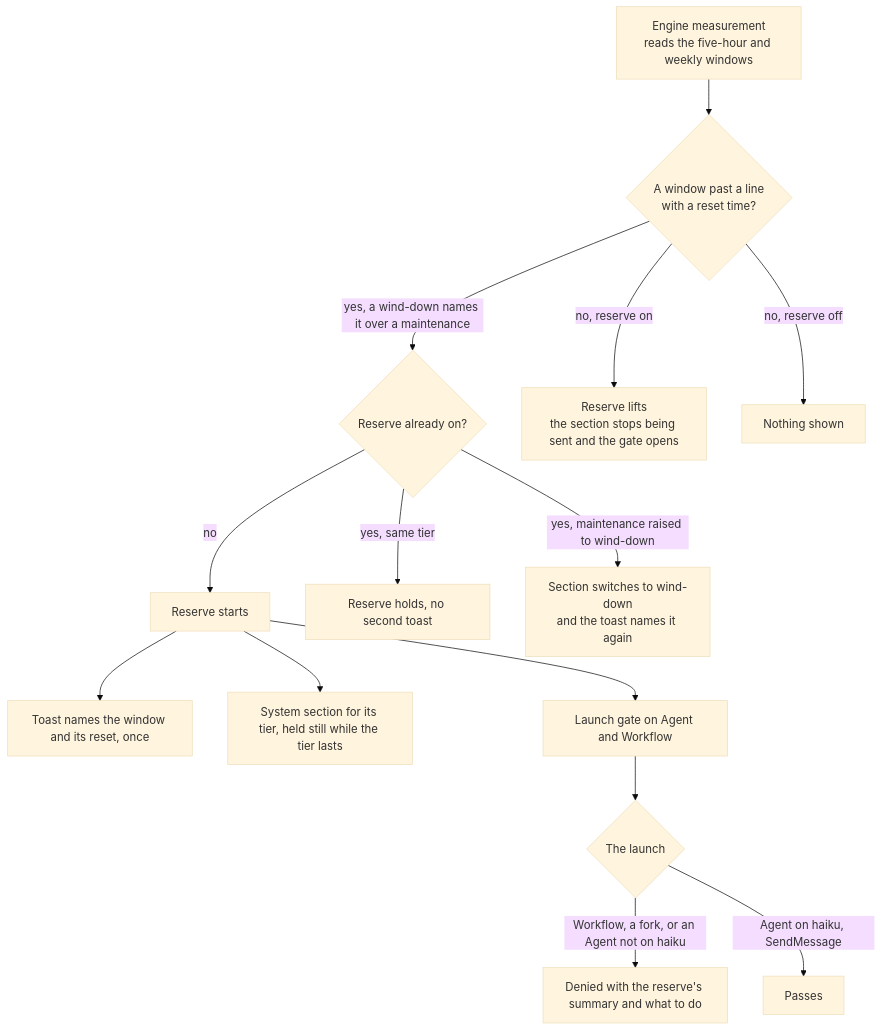
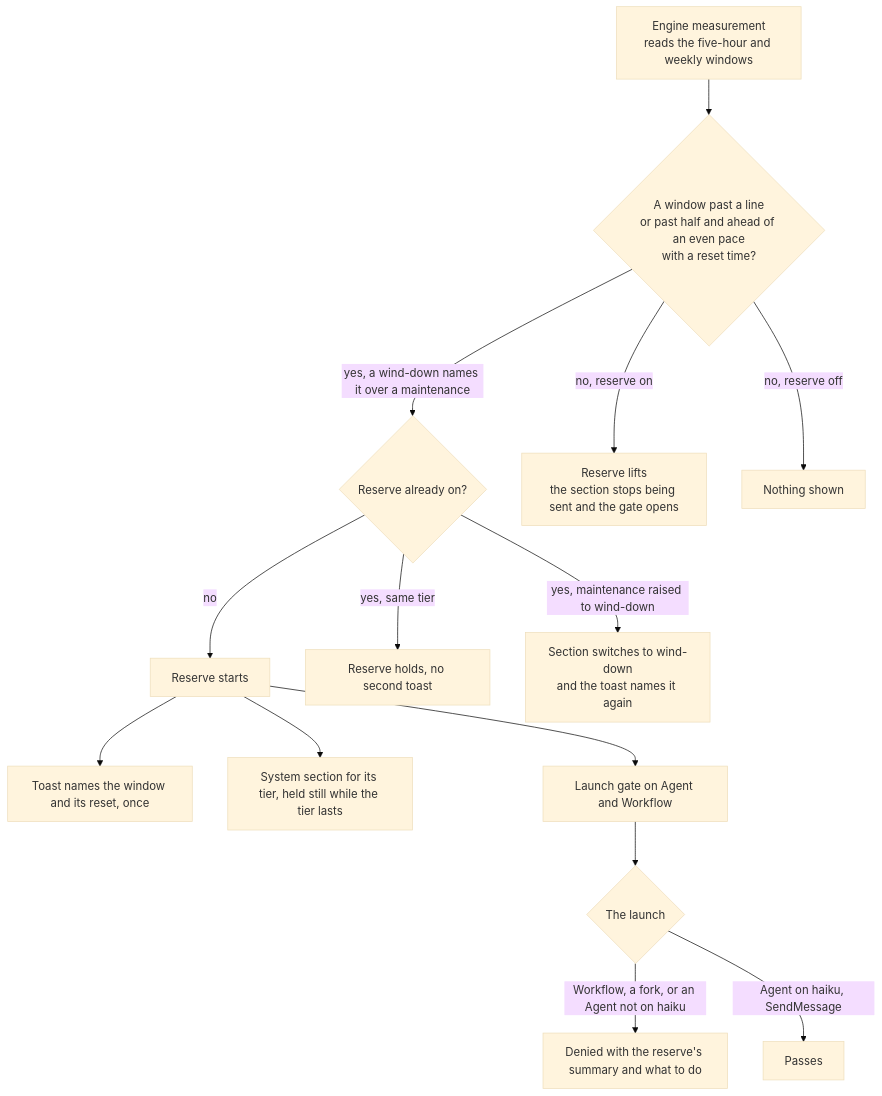
One commit to Esposter/Esposter changed the diagram in apps/web/content/docs/infra/claude-interface/genshin-mods/resin.md. Above: the diagram before and after it, drawn with Mermaid (base theme). The commit also changed other lines of this file and 13 other files, not shown here.

First line of the commit message:
feat(genshin-mods): the usage reserve enters maintenance once a window past half is spent ahead of an even pace, and the five-hour wind-down starts at 90%

````diff
--- a/apps/web/content/docs/infra/claude-interface/genshin-mods/resin.md
+++ b/apps/web/content/docs/infra/claude-interface/genshin-mods/resin.md
@@ -35,16 +35,16 @@
 ```mermaid
 flowchart TD
-  M["Engine measurement<br/>reads the five-hour and weekly windows"] --> P{"A window past a line<br/>with a reset time?"}
+  M["Engine measurement<br/>reads the five-hour and weekly windows"] --> P{"A window past a line<br/>or past half and ahead of an even pace<br/>with a reset time?"}
   P -->|yes, a wind-down names it over a maintenance| Q{"Reserve already on?"}
   Q -->|no| ON["Reserve starts"]
   ON --> T["Toast names the window and its reset, once"]
   ON --> S["System section for its tier, held still while the tier lasts"]
   Q -->|yes, same tier| HOLD["Reserve holds, no second toast"]
   Q -->|yes, maintenance raised to wind-down| UP["Section switches to wind-down<br/>and the toast names it again"]
   P -->|no, reserve on| OFF["Reserve lifts<br/>the section stops being sent and the gate opens"]
   P -->|no, reserve off| NONE["Nothing shown"]
   ON --> G["Launch gate on Agent and Workflow"]
   G --> L{"The launch"}
   L -->|Workflow, a fork, or an Agent not on haiku| D["Denied with the reserve's summary and what to do"]
   L -->|Agent on haiku, SendMessage| A["Passes"]
 ```
````
